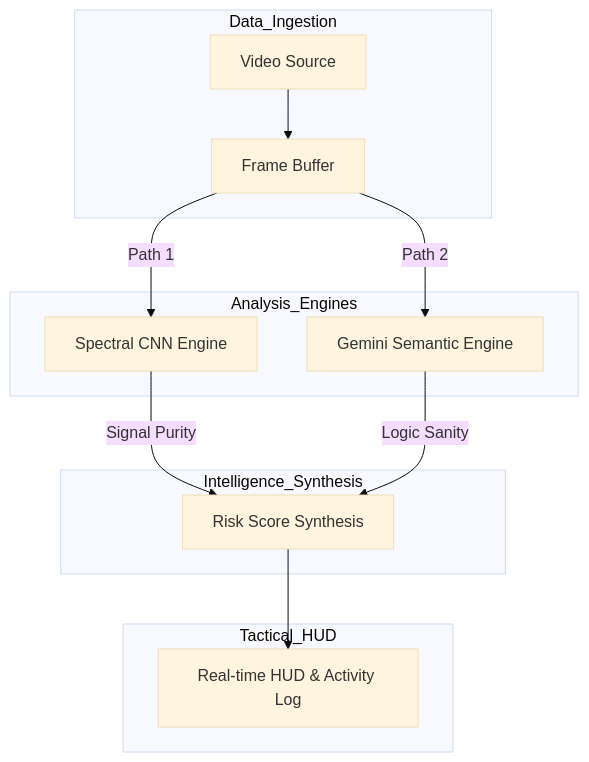
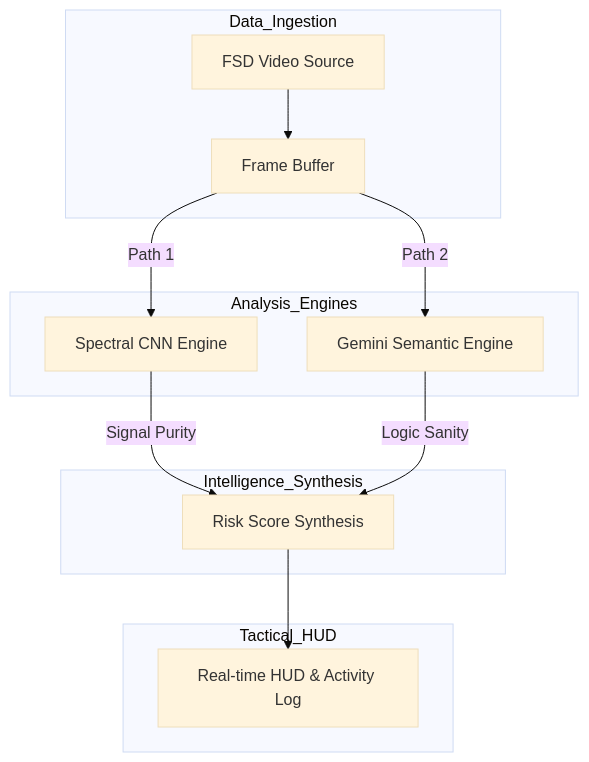
One commit to ritvikindupuri/FSD_Security changed the diagram in README.md. Above: the diagram before and after it, drawn with Mermaid (base theme). The commit also changed other lines of this file and 1 other file, not shown here.

````diff
--- a/README.md
+++ b/README.md
@@ -11,20 +11,20 @@
 ```mermaid
 graph TD
     subgraph Data_Ingestion
-    VS[Video Source] --> FB[Frame Buffer]
+    VS[FSD Video Source] --> FB[Frame Buffer]
     end
     
     subgraph Analysis_Engines
     FB --> |Path 1| CNN[Spectral CNN Engine]
     FB --> |Path 2| GEM[Gemini Semantic Engine]
     end
     
     subgraph Intelligence_Synthesis
     CNN --> |Signal Purity| RS[Risk Score Synthesis]
     GEM --> |Logic Sanity| RS
     end
     
     subgraph Tactical_HUD
     RS --> HUD[Real-time HUD & Activity Log]
     end
 ```
````
